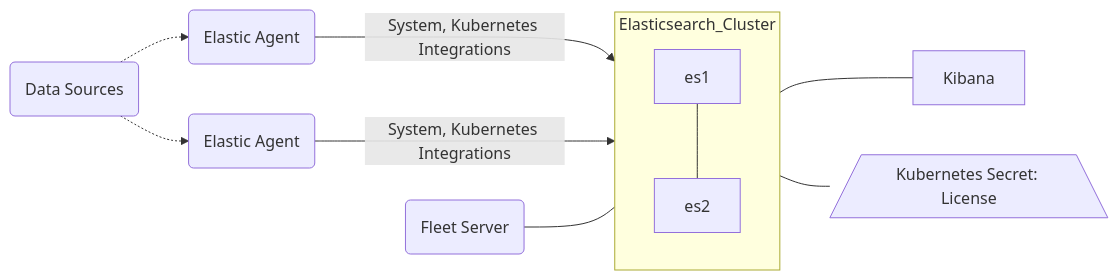
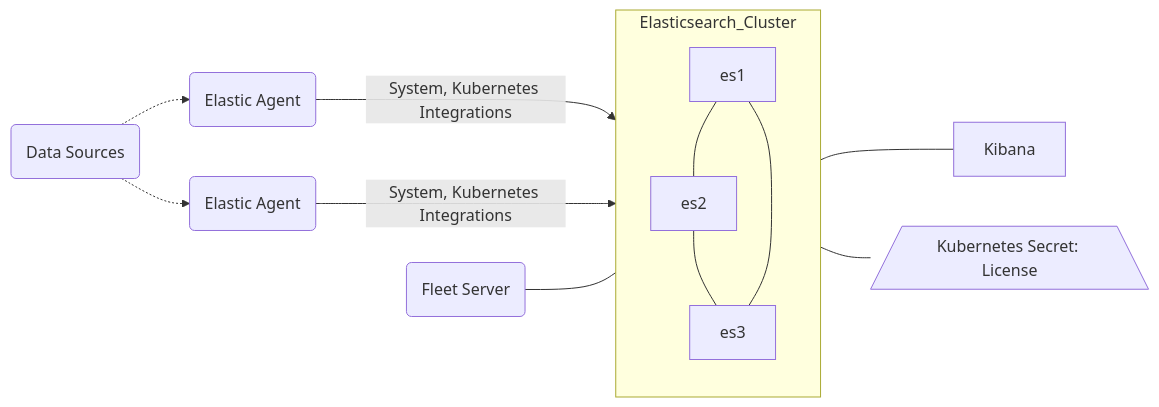
The diagram in quickstart/README.md (elastic/eck-kittyhawk), drawn with Mermaid before and after one commit. The commit also changed other lines of this file and 25 other files, not shown here.

````diff
--- a/quickstart/README.md
+++ b/quickstart/README.md
@@ -5,13 +5,15 @@
 ```mermaid
 flowchart LR
 	req(Data Sources) -.-> req3
 	req(Data Sources) -.-> req2
 	req2(Elastic Agent) ---> |System, Kubernetes Integrations|Elasticsearch_Cluster
 	req3(Elastic Agent) ---> |System, Kubernetes Integrations|Elasticsearch_Cluster
 	req4(Fleet Server) --- Elasticsearch_Cluster
 	subgraph Elasticsearch_Cluster
 	es1 --- es2
+	es2 --- es3
+	es3 --- es1
 	end
 	Elasticsearch_Cluster --- Kibana
 	Elasticsearch_Cluster --- A[/Kubernetes Secret: License\]
 ```
````
